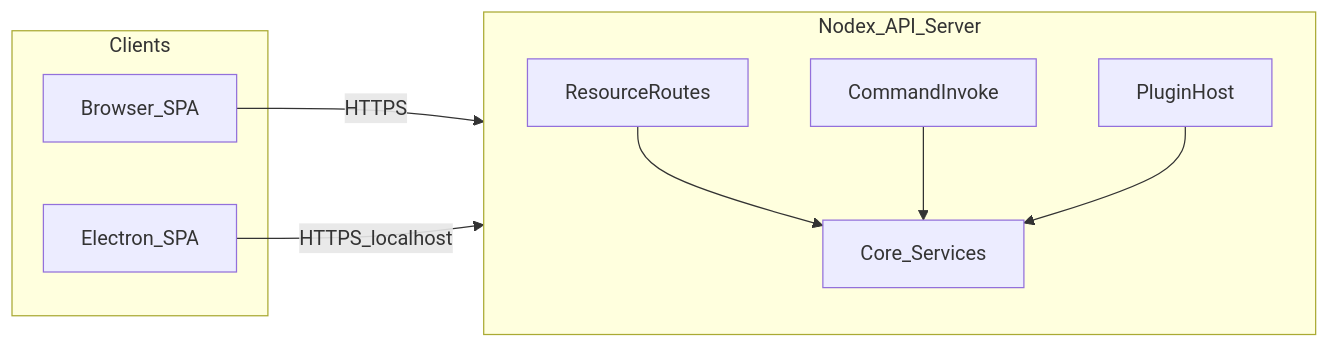
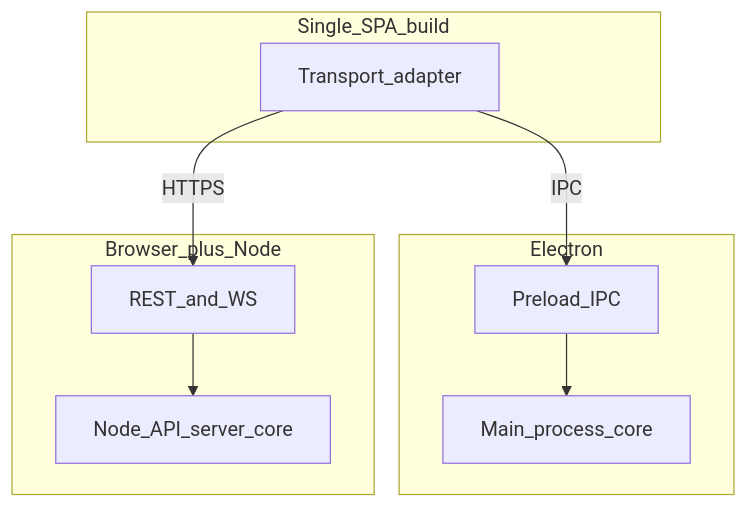
Before and after one commit to josiahamanna/nodex: the second of 2 diagrams in claude-docs/architecture/detach-ui-from-logic.md, drawn with Mermaid. The commit also changed other lines of this file and 25 other files, not shown here.

````diff
--- a/claude-docs/architecture/detach-ui-from-logic.md
+++ b/claude-docs/architecture/detach-ui-from-logic.md
@@ -179,17 +223,18 @@
 ```mermaid
-flowchart LR
-  subgraph clients [Clients]
-    WEB[Browser_SPA]
-    ELEC[Electron_SPA]
+flowchart TB
+  subgraph ui [Single_SPA_build]
+    ADAPTER[Transport_adapter]
   end
-  subgraph server [Nodex_API_Server]
-    REST[ResourceRoutes]
-    CMD[CommandInvoke]
-    PLG[PluginHost]
-    REST --> Core[Core_Services]
-    CMD --> Core
-    PLG --> Core
+  subgraph electronPath [Electron]
+    PRE[Preload_IPC]
+    MAIN[Main_process_core]
+    ADAPTER -->|IPC| PRE
+    PRE --> MAIN
   end
-  WEB -->|HTTPS| server
-  ELEC -->|HTTPS_localhost| server
+  subgraph webPath [Browser_plus_Node]
+    REST[REST_and_WS]
+    NODE[Node_API_server_core]
+    ADAPTER -->|HTTPS| REST
+    REST --> NODE
+  end
 ```
````
